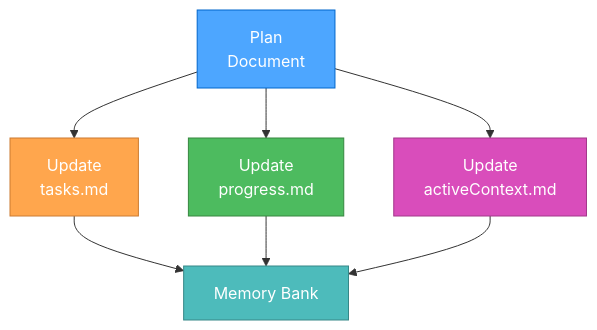
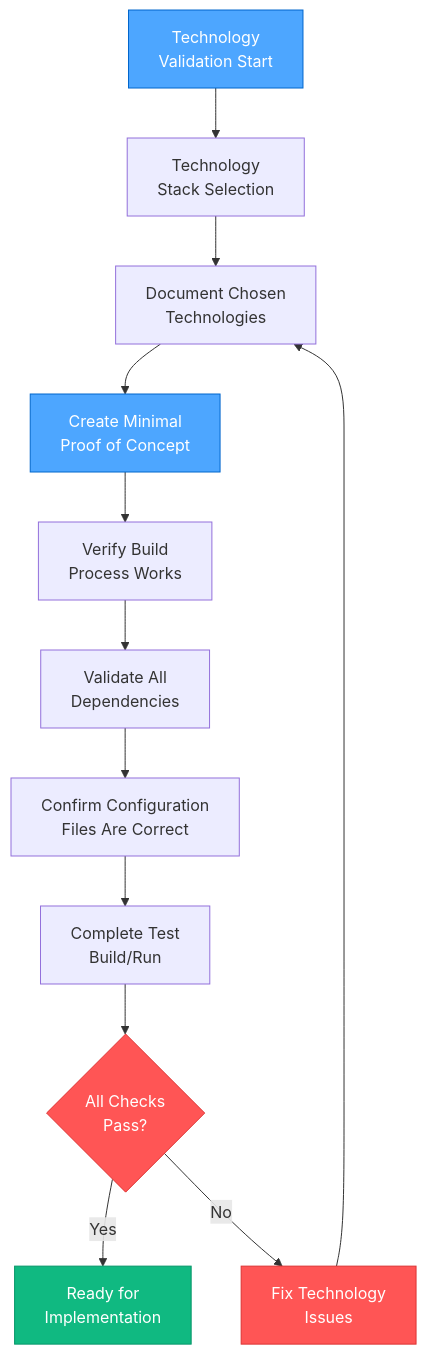
The third of 5 diagrams in .cursor/rules/isolation_rules/visual-maps/plan-mode-map.mdc (ubranch/shotgun), drawn with Mermaid before and after one commit. The commit also changed other lines of this file and 81 other files, not shown here.

Commit message:
feat: introduce new creative and implementation modes; enhance memory bank structure with detailed context documentation and visual process maps for improved workflow management

````diff
--- a/.cursor/rules/isolation_rules/visual-maps/plan-mode-map.mdc
+++ b/.cursor/rules/isolation_rules/visual-maps/plan-mode-map.mdc
@@ -64,16 +116,21 @@
 ```mermaid
 graph TD
-    Plan["Plan<br>Document"] --> Tasks["Update<br>tasks.md"]
-    Plan --> Progress["Update<br>progress.md"]
-    Plan --> Active["Update<br>activeContext.md"]
+    Start["Technology<br>Validation Start"] --> Select["Technology<br>Stack Selection"]
+    Select --> Document["Document Chosen<br>Technologies"]
+    Document --> POC["Create Minimal<br>Proof of Concept"]
+    POC --> Build["Verify Build<br>Process Works"]
+    Build --> Dependencies["Validate All<br>Dependencies"]
+    Dependencies --> Config["Confirm Configuration<br>Files Are Correct"]
+    Config --> Test["Complete Test<br>Build/Run"]
+    Test --> Success{"All Checks<br>Pass?"}
     
-    Tasks --> MB["Memory Bank"]
-    Progress --> MB
-    Active --> MB
+    Success -->|"Yes"| Ready["Ready for<br>Implementation"]
+    Success -->|"No"| Fix["Fix Technology<br>Issues"]
+    Fix --> Document
     
-    style Plan fill:#4da6ff,stroke:#0066cc,color:white
-    style Tasks fill:#ffa64d,stroke:#cc7a30,color:white
-    style Progress fill:#4dbb5f,stroke:#36873f,color:white
-    style Active fill:#d94dbb,stroke:#a3378a,color:white
-    style MB fill:#4dbbbb,stroke:#368787,color:white
+    style Start fill:#4da6ff,stroke:#0066cc,color:white
+    style POC fill:#4da6ff,stroke:#0066cc,color:white
+    style Success fill:#ff5555,stroke:#dd3333,color:white
+    style Fix fill:#ff5555,stroke:#dd3333,color:white
+    style Ready fill:#10b981,stroke:#059669,color:white
 ```
````
